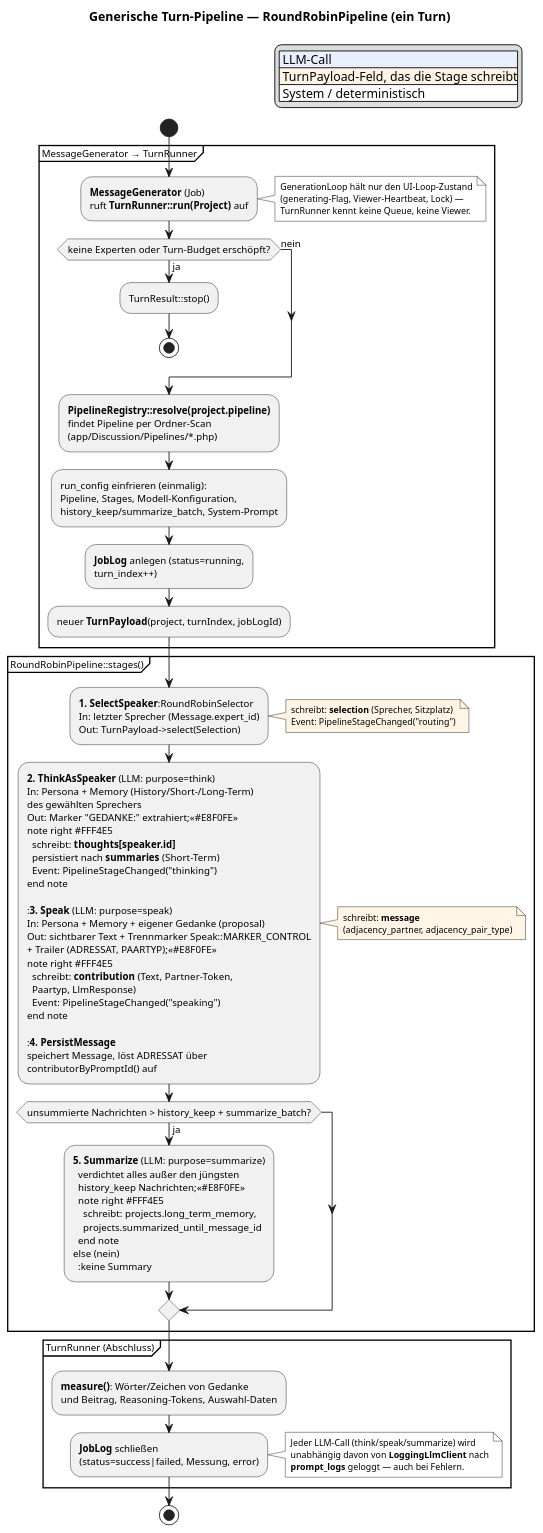
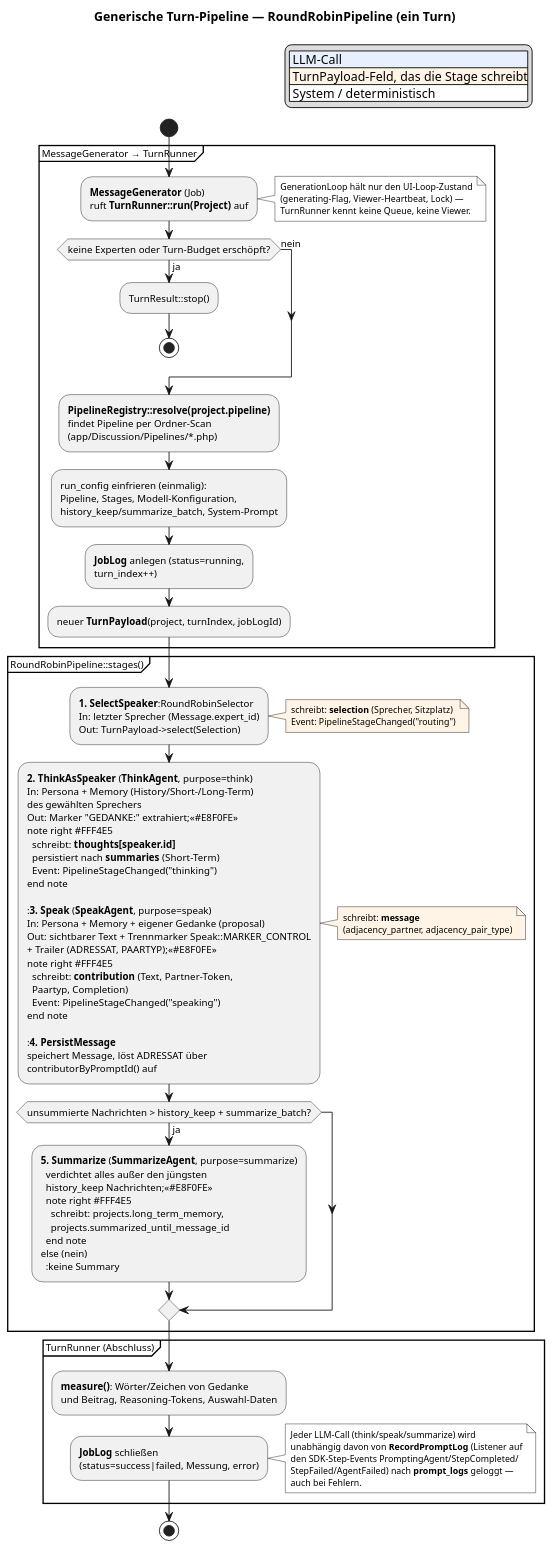
Before and after one commit to jnloos/Communicat: the diagram in docs/pipeline.puml, drawn with PlantUML. The commit also changed 3 other files, not shown here.

First line of the commit message:
Document the SDK-based LLM layer

```diff
--- a/docs/pipeline.puml
+++ b/docs/pipeline.puml
@@ -1,105 +1,107 @@
 @startuml
 title Generische Turn-Pipeline — RoundRobinPipeline (ein Turn)
 
 skinparam dpi 110
 skinparam defaultFontSize 11
 skinparam noteFontSize 10
 
 legend top right
   |<#E8F0FE> LLM-Call|
   |<#FFF4E5> TurnPayload-Feld, das die Stage schreibt|
   |<#FFFFFF> System / deterministisch|
 endlegend
 
 start
 
 partition "MessageGenerator → TurnRunner" {
   :**MessageGenerator** (Job)
   ruft **TurnRunner::run(Project)** auf;
   note right #FFFFFF
     GenerationLoop hält nur den UI-Loop-Zustand
     (generating-Flag, Viewer-Heartbeat, Lock) —
     TurnRunner kennt keine Queue, keine Viewer.
   end note
 
   if (keine Experten oder Turn-Budget erschöpft?) then (ja)
     :TurnResult::stop();
     stop
   else (nein)
   endif
 
   :**PipelineRegistry::resolve(project.pipeline)**
   findet Pipeline per Ordner-Scan
   (app/Discussion/Pipelines/*.php);
   :run_config einfrieren (einmalig):
   Pipeline, Stages, Modell-Konfiguration,
   history_keep/summarize_batch, System-Prompt;
   :**JobLog** anlegen (status=running,
   turn_index++);
   :neuer **TurnPayload**(project, turnIndex, jobLogId);
 }
 
 partition "RoundRobinPipeline::stages()" {
   :**1. SelectSpeaker**:RoundRobinSelector
   In: letzter Sprecher (Message.expert_id)
   Out: TurnPayload->select(Selection);
   note right #FFF4E5
     schreibt: **selection** (Sprecher, Sitzplatz)
     Event: PipelineStageChanged("routing")
   end note
 
-  :**2. ThinkAsSpeaker** (LLM: purpose=think)
+  :**2. ThinkAsSpeaker** (**ThinkAgent**, purpose=think)
   In: Persona + Memory (History/Short-/Long-Term)
   des gewählten Sprechers
   Out: Marker "GEDANKE:" extrahiert;<<#E8F0FE>>
   note right #FFF4E5
     schreibt: **thoughts[speaker.id]**
     persistiert nach **summaries** (Short-Term)
     Event: PipelineStageChanged("thinking")
   end note
 
-  :**3. Speak** (LLM: purpose=speak)
+  :**3. Speak** (**SpeakAgent**, purpose=speak)
   In: Persona + Memory + eigener Gedanke (proposal)
   Out: sichtbarer Text + Trennmarker Speak::MARKER_CONTROL
   + Trailer (ADRESSAT, PAARTYP);<<#E8F0FE>>
   note right #FFF4E5
     schreibt: **contribution** (Text, Partner-Token,
-    Paartyp, LlmResponse)
+    Paartyp, Completion)
     Event: PipelineStageChanged("speaking")
   end note
 
   :**4. PersistMessage**
   speichert Message, löst ADRESSAT über
   contributorByPromptId() auf;
   note right #FFF4E5
     schreibt: **message**
     (adjacency_partner, adjacency_pair_type)
   end note
 
   if (unsummierte Nachrichten > history_keep + summarize_batch?) then (ja)
-    :**5. Summarize** (LLM: purpose=summarize)
+    :**5. Summarize** (**SummarizeAgent**, purpose=summarize)
     verdichtet alles außer den jüngsten
     history_keep Nachrichten;<<#E8F0FE>>
     note right #FFF4E5
       schreibt: projects.long_term_memory,
       projects.summarized_until_message_id
     end note
   else (nein)
     :keine Summary;
   endif
 }
 
 partition "TurnRunner (Abschluss)" {
   :**measure()**: Wörter/Zeichen von Gedanke
   und Beitrag, Reasoning-Tokens, Auswahl-Daten;
   :**JobLog** schließen
   (status=success|failed, Messung, error);
   note right #FFFFFF
     Jeder LLM-Call (think/speak/summarize) wird
-    unabhängig davon von **LoggingLlmClient** nach
-    **prompt_logs** geloggt — auch bei Fehlern.
+    unabhängig davon von **RecordPromptLog** (Listener auf
+    den SDK-Step-Events PromptingAgent/StepCompleted/
+    StepFailed/AgentFailed) nach **prompt_logs** geloggt —
+    auch bei Fehlern.
   end note
 }
 
 stop
 @enduml
```
